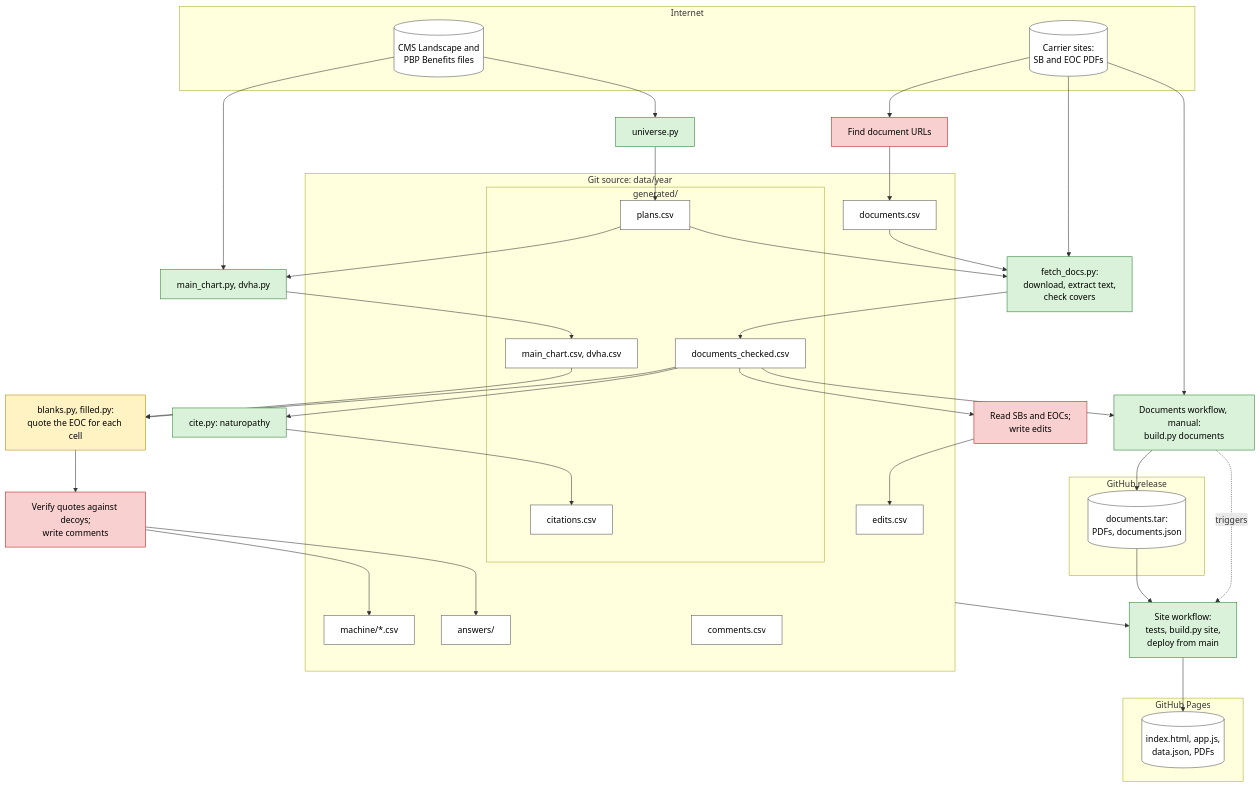
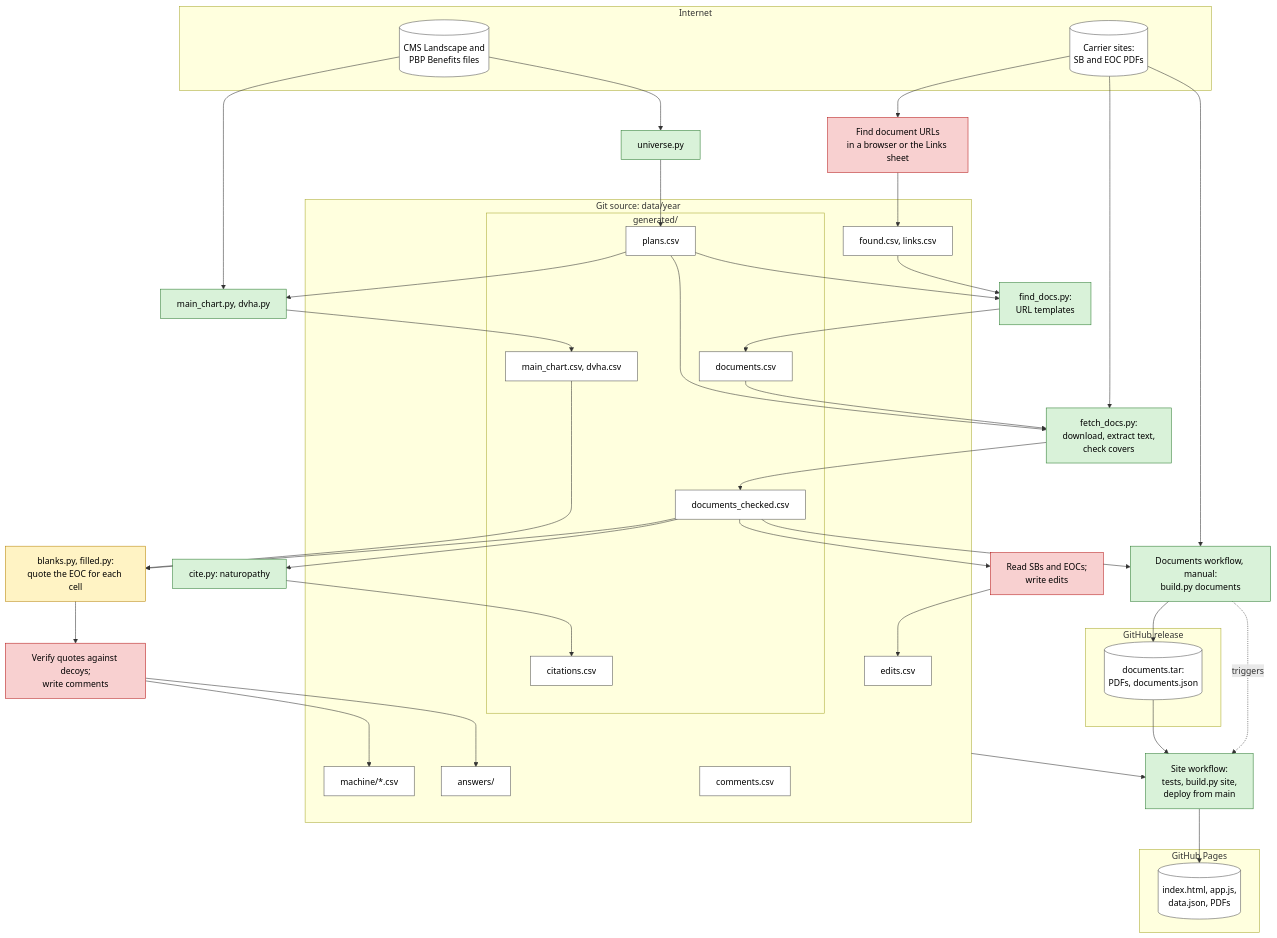
One commit to rosenhouse-bot-sandbox/shiba-data changed the diagram in docs/pipeline.md. Above: the diagram before and after it, drawn with Mermaid. The commit also changed other lines of this file and 11 other files, not shown here.

First line of the commit message:
Rebuild documents.csv from browser finds, the Links sheet and URL templates (#50)

````diff
--- a/docs/pipeline.md
+++ b/docs/pipeline.md
@@ -3,62 +3,65 @@
 ```mermaid
 flowchart TB
   classDef det fill:#d9f2d9,stroke:#2e7d32,color:#000
   classDef cheap fill:#fff3c4,stroke:#b8860b,color:#000
   classDef heavy fill:#f8d0d0,stroke:#b71c1c,color:#000
   classDef state fill:#fff,stroke:#555,color:#000
 
   subgraph external [Internet]
     carriers[(Carrier sites:<br>SB and EOC PDFs)]:::state
     cms[(CMS Landscape and<br>PBP Benefits files)]:::state
   end
 
   subgraph git [Git source: data/year]
-    documents[documents.csv]:::state
+    finds[found.csv, links.csv]:::state
     subgraph generated [generated/]
       plans[plans.csv]:::state
+      documents[documents.csv]:::state
       checked[documents_checked.csv]:::state
       citations[citations.csv]:::state
       sheets[main_chart.csv, dvha.csv]:::state
     end
     eoccites[machine/*.csv]:::state
     answers[answers/]:::state
     edits[edits.csv]:::state
     comments[comments.csv]:::state
   end
 
   subgraph release [GitHub release]
     tar[(documents.tar:<br>PDFs, documents.json)]:::state
   end
 
   subgraph web [GitHub Pages]
     site[(index.html, app.js,<br>data.json, PDFs)]:::state
   end
 
-  findurls[Find document URLs]:::heavy
+  findurls[Find document URLs<br>in a browser or the Links sheet]:::heavy
+  finddocs[find_docs.py:<br>URL templates]:::det
   universe[universe.py]:::det
   fetch[fetch_docs.py:<br>download, extract text,<br>check covers]:::det
   review[Read SBs and EOCs;<br>write edits]:::heavy
   cite[cite.py: naturopathy]:::det
   gen[main_chart.py, dvha.py]:::det
 
-  carriers --> findurls --> documents
+  carriers --> findurls --> finds
+  finds & plans --> finddocs --> documents
   cms --> universe --> plans
   documents & plans --> fetch --> checked
   carriers --> fetch
   checked --> review --> edits
   checked --> cite --> citations
   cms & plans --> gen --> sheets
 
   extract[blanks.py, filled.py:<br>quote the EOC for each cell]:::cheap
   verify[Verify quotes against decoys;<br>write comments]:::heavy
 
   checked & sheets --> extract --> verify --> eoccites & answers
 
   docwf[Documents workflow, manual:<br>build.py documents]:::det
   sitewf[Site workflow:<br>tests, build.py site,<br>deploy from main]:::det
 
   checked --> docwf
   carriers --> docwf --> tar
   docwf -. triggers .-> sitewf
   tar & git --> sitewf --> site
 ```
````
